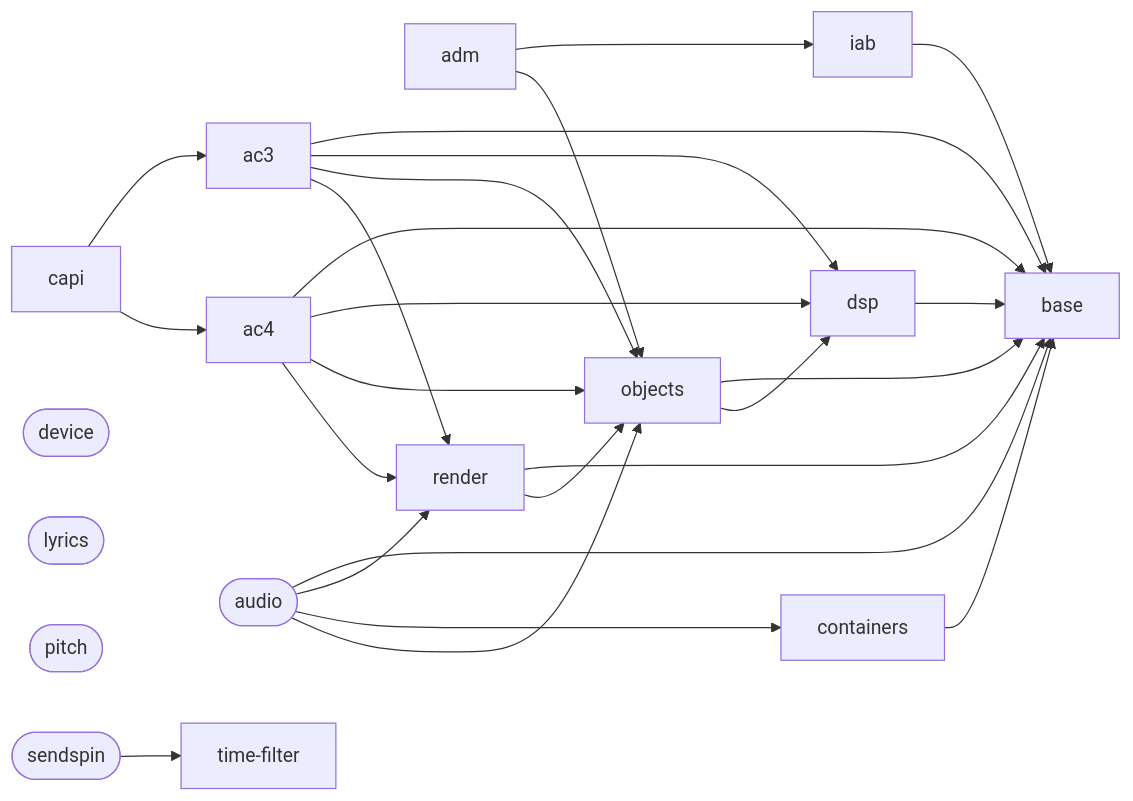
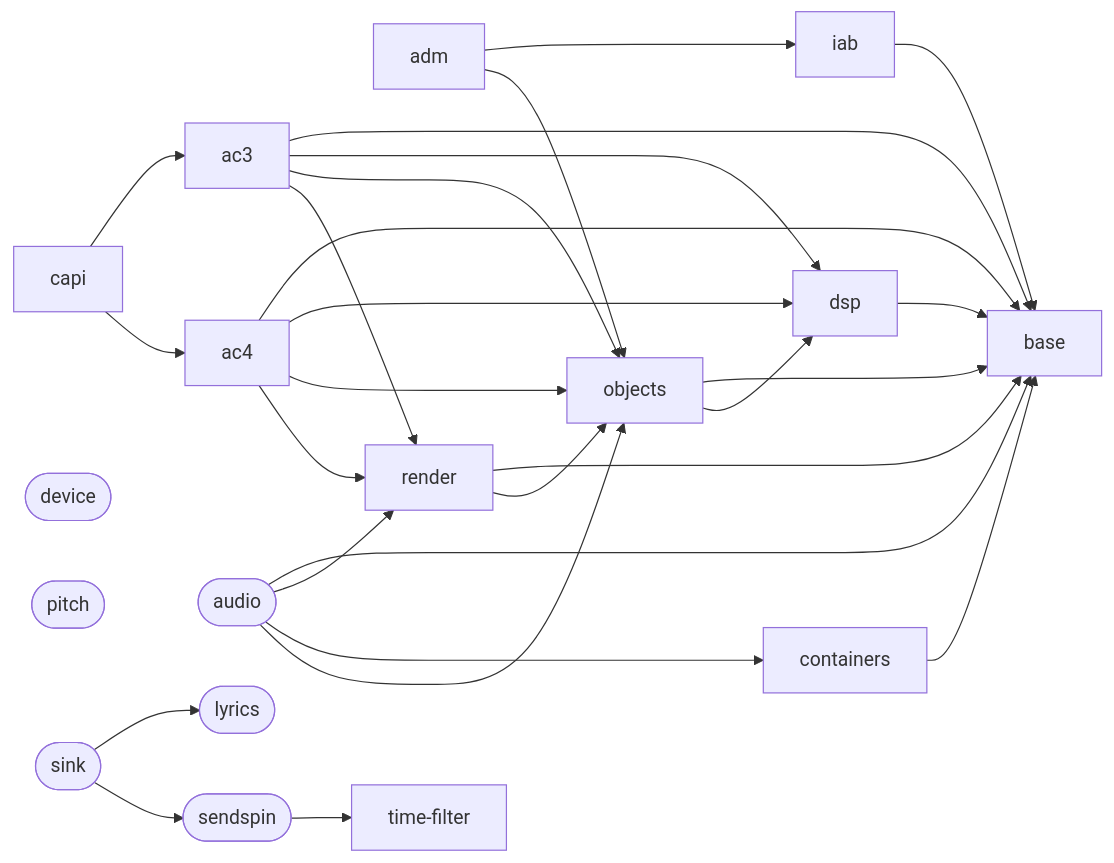
The diagram in docs/projects.md (iainchesworthlabs/iclforge), drawn with Mermaid before and after one commit. The commit also changed other lines of this file and 25 other files, not shown here.

````diff
--- a/docs/projects.md
+++ b/docs/projects.md
@@ -102,43 +103,46 @@
 ```mermaid
 flowchart LR
     ac3["ac3"]
     ac4["ac4"]
     adm["adm"]
     audio(["audio"])
     base["base"]
     capi["capi"]
     containers["containers"]
     device(["device"])
     dsp["dsp"]
     iab["iab"]
     lyrics(["lyrics"])
     objects["objects"]
     pitch(["pitch"])
     render["render"]
     sendspin(["sendspin"])
+    sink(["sink"])
     time_filter["time-filter"]
     ac3 --> base
     ac3 --> dsp
     ac3 --> objects
     ac3 --> render
     ac4 --> base
     ac4 --> dsp
     ac4 --> objects
     ac4 --> render
     adm --> iab
     adm --> objects
     audio --> base
     audio --> render
     audio --> containers
     audio --> objects
     capi --> ac3
     capi --> ac4
     containers --> base
     dsp --> base
     iab --> base
     objects --> base
     objects --> dsp
     render --> base
     render --> objects
     sendspin --> time_filter
+    sink --> lyrics
+    sink --> sendspin
 ```
````
